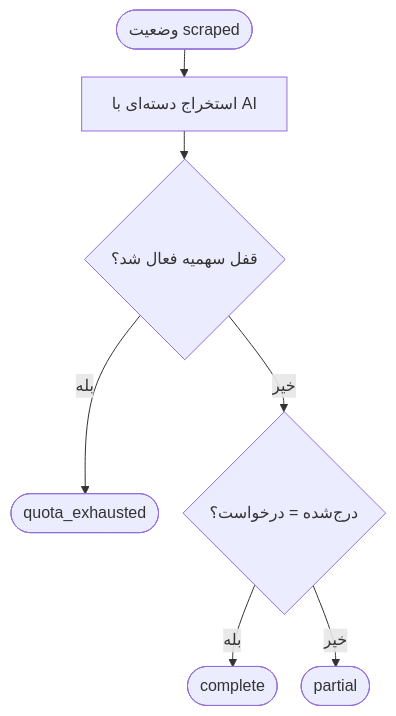
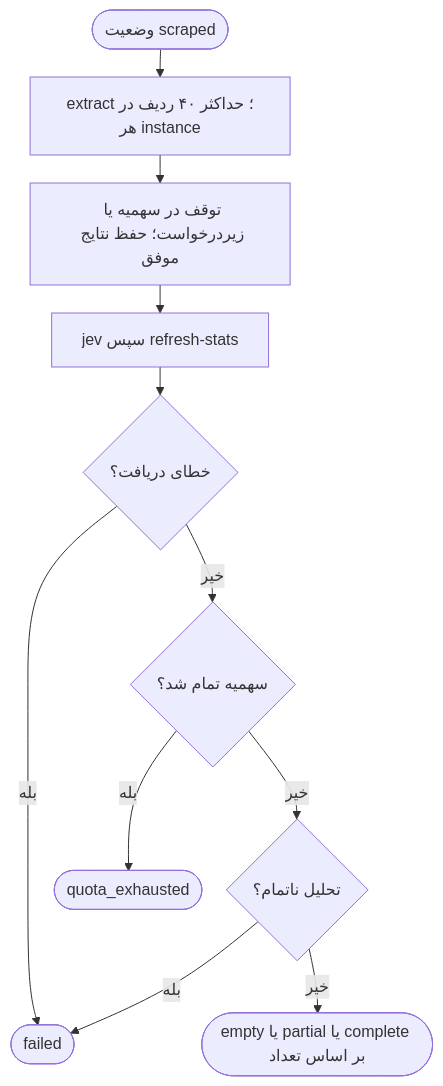
One commit to f4r6d/divar-housing-finder changed the tenth of 16 diagrams in OOAD_MANUAL_FETCH_FA.md. Above: the diagram before and after it, drawn with Mermaid. The commit also changed other lines of this file and 3 other files, not shown here.

````diff
--- a/OOAD_MANUAL_FETCH_FA.md
+++ b/OOAD_MANUAL_FETCH_FA.md
@@ -868,10 +887,14 @@
 ```mermaid
 %%{init: {'flowchart': {'nodeSpacing': 24, 'rankSpacing': 28}}}%%
 flowchart TD
-  A([وضعیت scraped]) --> B[استخراج دسته‌ای با AI]
-  B --> C{قفل سهمیه فعال شد؟}
-  C -- بله --> C1([quota_exhausted])
-  C -- خیر --> D{درج‌شده = درخواست؟}
-  D -- بله --> D1([complete])
-  D -- خیر --> D2([partial])
+  A([وضعیت scraped]) --> B[extract؛ حداکثر ۴۰ ردیف در هر instance]
+  B --> C[توقف در سهمیه یا زیردرخواست؛ حفظ نتایج موفق]
+  C --> D[jev سپس refresh-stats]
+  D --> E{خطای دریافت؟}
+  E -- بله --> F([failed])
+  E -- خیر --> G{سهمیه تمام شد؟}
+  G -- بله --> H([quota_exhausted])
+  G -- خیر --> I{تحلیل ناتمام؟}
+  I -- بله --> F
+  I -- خیر --> J([empty یا partial یا complete بر اساس تعداد])
 ```
````
